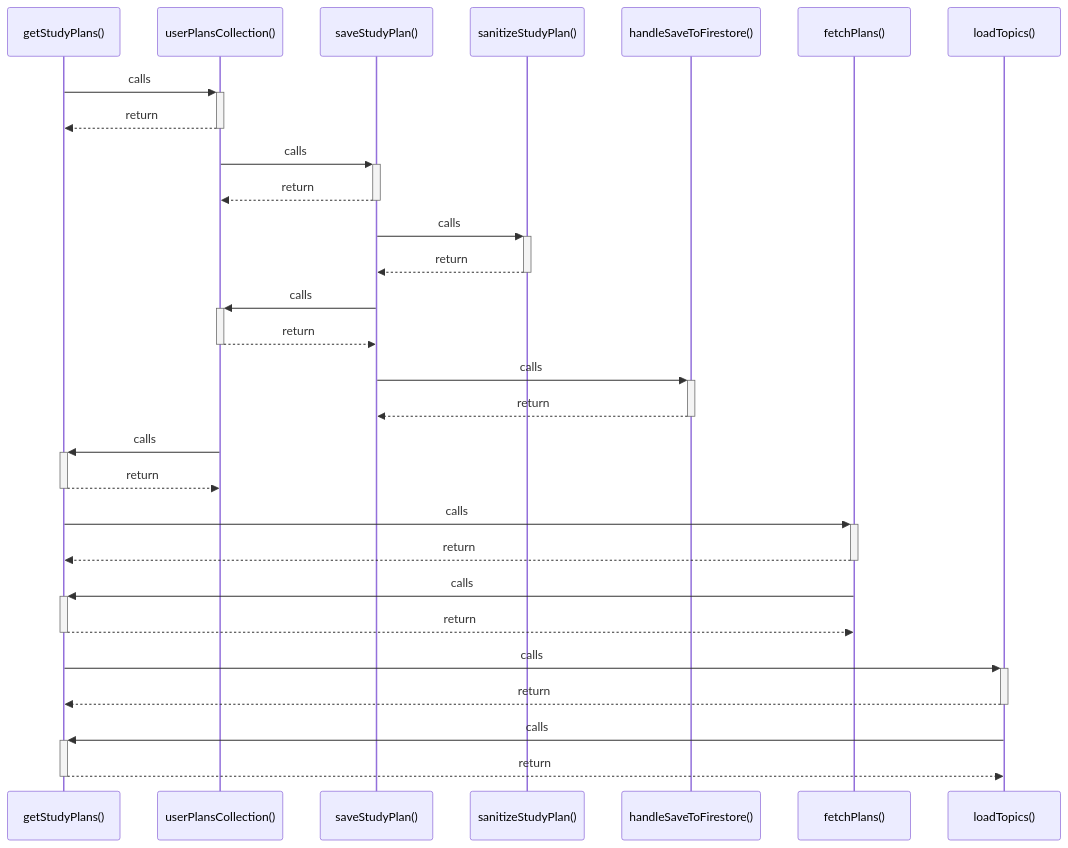
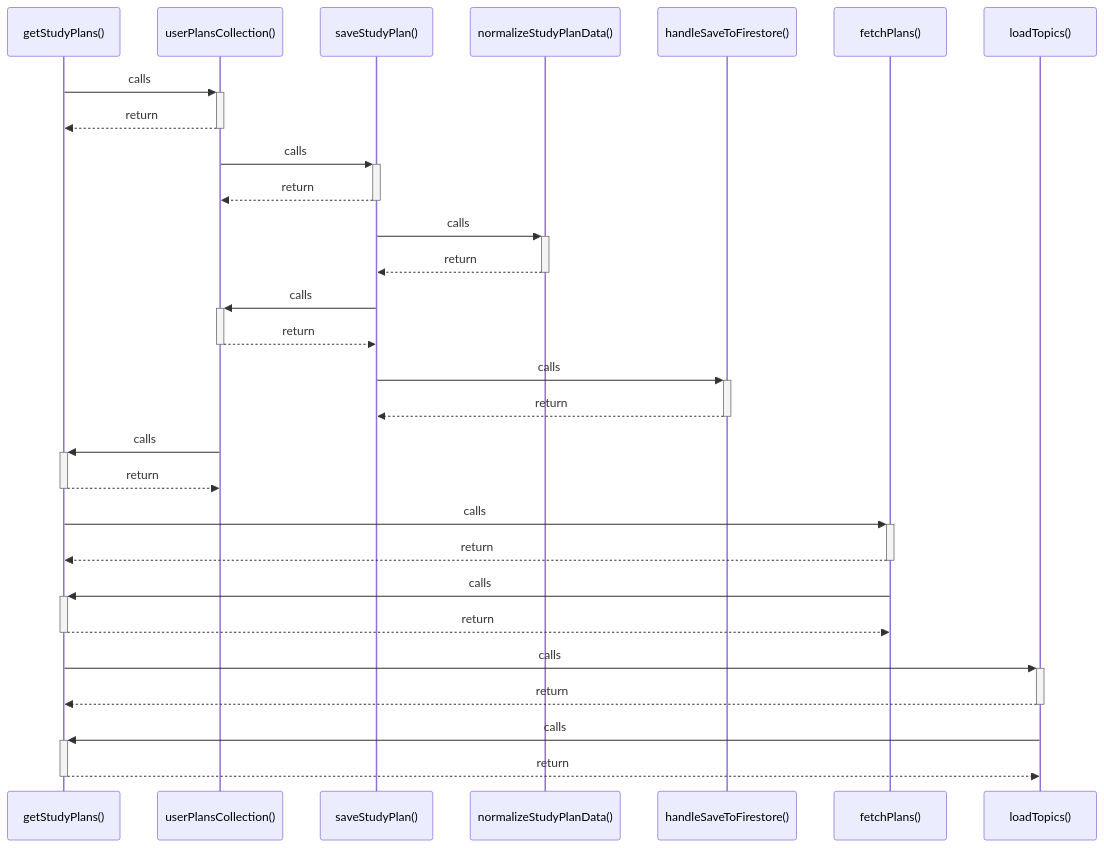
One commit to Exselsa/studysync-ai changed the diagram in src/graphify-out/wiki/getStudyPlans().md. Above: the diagram before and after it, drawn with Mermaid. The commit also changed other lines of this file and 339 other files, not shown here.

````diff
--- a/src/graphify-out/wiki/getStudyPlans().md
+++ b/src/graphify-out/wiki/getStudyPlans().md
@@ -7,30 +7,30 @@
 ```mermaid
 sequenceDiagram
     participant P0 as getStudyPlans()
     participant P1 as userPlansCollection()
     participant P2 as saveStudyPlan()
-    participant P3 as sanitizeStudyPlan()
+    participant P3 as normalizeStudyPlanData()
     participant P4 as handleSaveToFirestore()
     participant P5 as fetchPlans()
     participant P6 as loadTopics()
     P0->>+ P1: calls
     P1-->>- P0: return
     P1->>+ P2: calls
     P2-->>- P1: return
     P2->>+ P3: calls
     P3-->>- P2: return
     P2->>+ P1: calls
     P1-->>- P2: return
     P2->>+ P4: calls
     P4-->>- P2: return
     P1->>+ P0: calls
     P0-->>- P1: return
     P0->>+ P5: calls
     P5-->>- P0: return
     P5->>+ P0: calls
     P0-->>- P5: return
     P0->>+ P6: calls
     P6-->>- P0: return
     P6->>+ P0: calls
     P0-->>- P6: return
 ```
````
